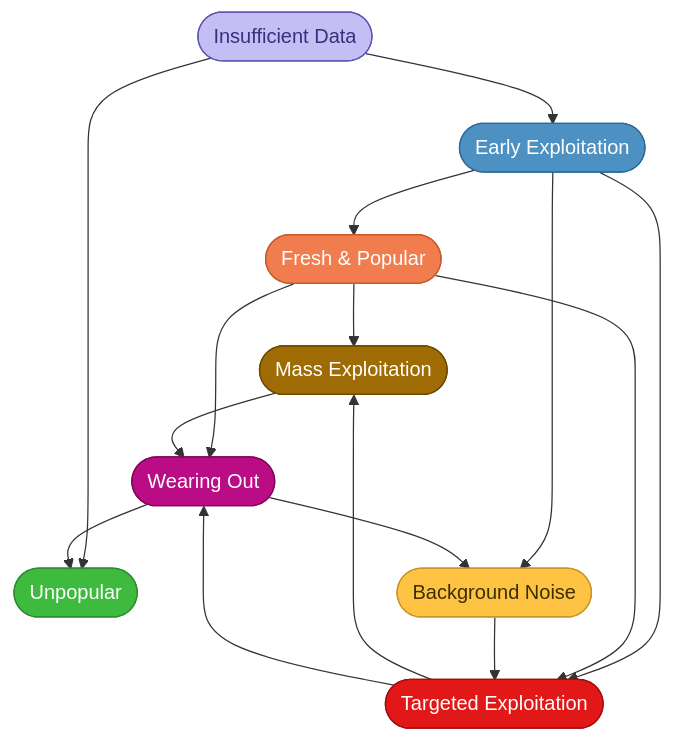
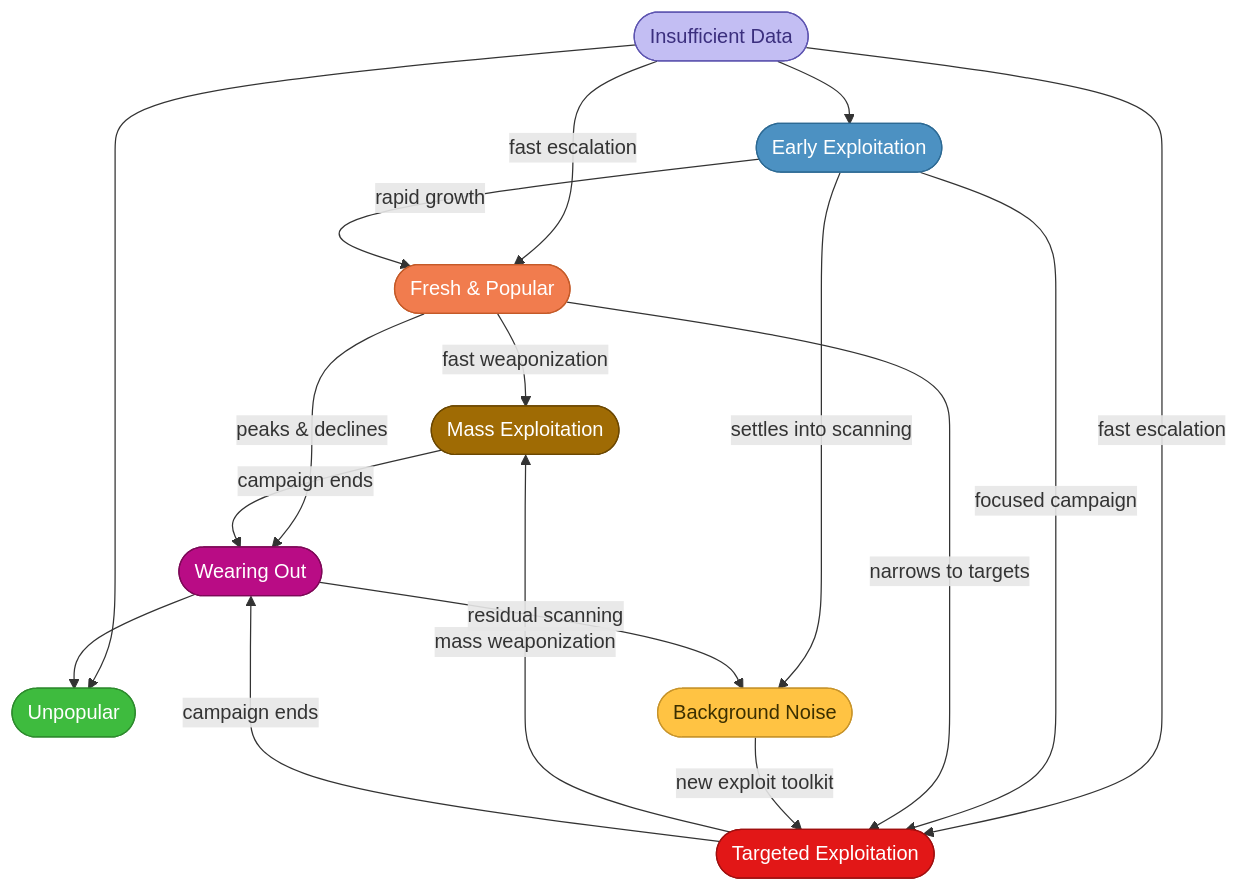
Before and after one commit to crowdsecurity/crowdsec-docs: the diagram in crowdsec-docs/unversioned/tracker_api/exploitation_phases.mdx, drawn with Mermaid. The commit also changed 1 other file, not shown here.

Commit message:
add phase transition

````diff
--- a/crowdsec-docs/unversioned/tracker_api/exploitation_phases.mdx
+++ b/crowdsec-docs/unversioned/tracker_api/exploitation_phases.mdx
@@ -92,35 +92,37 @@
 ```mermaid
 graph TB
     ID(["Insufficient Data"]):::gray
     EE(["Early Exploitation"]):::early
     FP(["Fresh & Popular"]):::fresh
     UP(["Unpopular"]):::green
     BN(["Background Noise"]):::blue
     TE(["Targeted Exploitation"]):::orange
     ME(["Mass Exploitation"]):::red
     WO(["Wearing Out"]):::fading
 
     ID --> EE
     ID --> UP
-    EE --> FP
-    EE --> TE
-    EE --> BN
-    FP --> ME
-    FP --> TE
-    FP --> WO
-    TE --> ME
-    TE --> WO
-    ME --> WO
-    WO --> BN
+    ID -->|fast escalation| FP
+    ID -->|fast escalation| TE
+    EE -->|rapid growth| FP
+    EE -->|focused campaign| TE
+    EE -->|settles into scanning| BN
+    FP -->|fast weaponization| ME
+    FP -->|narrows to targets| TE
+    FP -->|peaks & declines| WO
+    TE -->|mass weaponization| ME
+    TE -->|campaign ends| WO
+    ME -->|campaign ends| WO
+    WO -->|residual scanning| BN
     WO --> UP
-    BN --> TE
+    BN -->|new exploit toolkit| TE
 
     classDef gray   fill:#C3BEF3,stroke:#5D54B0,color:#3b2f7e
     classDef early  fill:#4C91C2,stroke:#2d6a94,color:#fff
     classDef fresh  fill:#F17C4E,stroke:#c45a28,color:#fff
     classDef green  fill:#3EBB3E,stroke:#2d8b2d,color:#fff
     classDef blue   fill:#FFC343,stroke:#c8942a,color:#3b2f00
     classDef orange fill:#E21717,stroke:#a00f0f,color:#fff
     classDef red    fill:#9F6B04,stroke:#6b4700,color:#fff
     classDef fading fill:#B90C85,stroke:#7d0857,color:#fff
 ```
````
